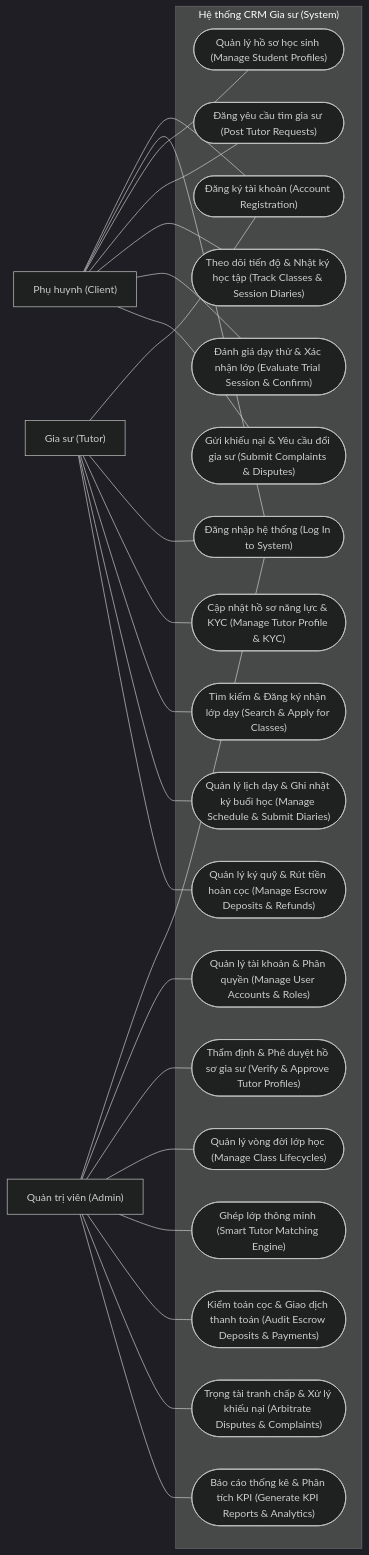
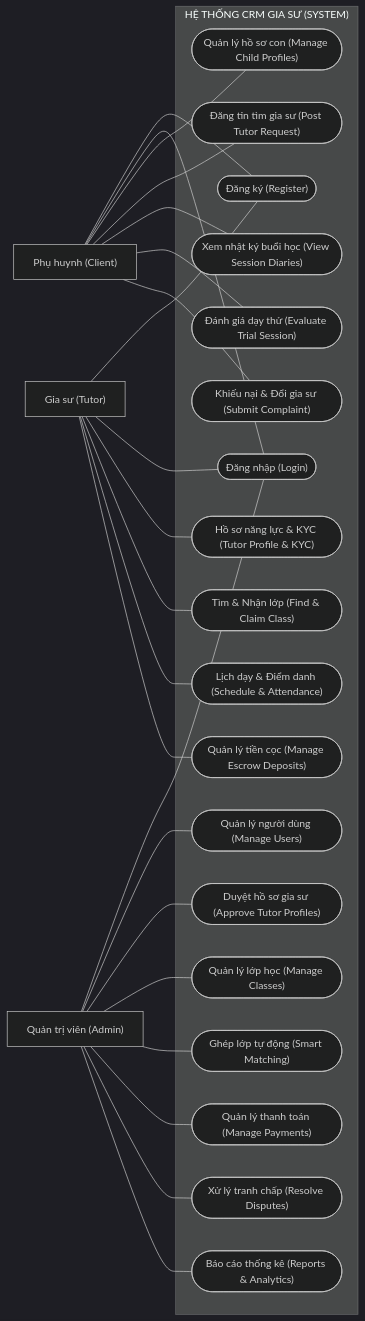
Before and after one commit to dung-0109/DATN_CRM_GIA_SU: the first of 44 diagrams in docs/bao-cao-thong-do-an/06_Chuong2_UseCase_va_Sequence_CRMGiaSu.md, drawn with Mermaid (dark theme). The commit also changed 1 other file, not shown here.

Commit message:
refactor: tinh gon ten cac Use Case ngan gon, truc dien va de hieu

````diff
--- a/docs/bao-cao-thong-do-an/06_Chuong2_UseCase_va_Sequence_CRMGiaSu.md
+++ b/docs/bao-cao-thong-do-an/06_Chuong2_UseCase_va_Sequence_CRMGiaSu.md
@@ -49,59 +49,59 @@
 ```mermaid
 flowchart LR
     Admin["Quản trị viên (Admin)"]
     Client["Phụ huynh (Client)"]
     Tutor["Gia sư (Tutor)"]
 
-    subgraph System ["Hệ thống CRM Gia sư (System)"]
+    subgraph System ["HỆ THỐNG CRM GIA SƯ (SYSTEM)"]
         %% Dùng chung
-        UC_REG(["Đăng ký tài khoản (Account Registration)"])
-        UC_LOG(["Đăng nhập hệ thống (Log In to System)"])
+        UC_REG(["Đăng ký (Register)"])
+        UC_LOG(["Đăng nhập (Login)"])
 
         %% Client
-        UC_C1(["Quản lý hồ sơ học sinh (Manage Student Profiles)"])
-        UC_C2(["Đăng yêu cầu tìm gia sư (Post Tutor Requests)"])
-        UC_C3(["Theo dõi tiến độ & Nhật ký học tập (Track Classes & Session Diaries)"])
-        UC_C4(["Đánh giá dạy thử & Xác nhận lớp (Evaluate Trial Session & Confirm)"])
-        UC_C5(["Gửi khiếu nại & Yêu cầu đổi gia sư (Submit Complaints & Disputes)"])
+        UC_C1(["Quản lý hồ sơ con (Manage Child Profiles)"])
+        UC_C2(["Đăng tin tìm gia sư (Post Tutor Request)"])
+        UC_C3(["Xem nhật ký buổi học (View Session Diaries)"])
+        UC_C4(["Đánh giá dạy thử (Evaluate Trial Session)"])
+        UC_C5(["Khiếu nại & Đổi gia sư (Submit Complaint)"])
 
         %% Tutor
-        UC_T1(["Cập nhật hồ sơ năng lực & KYC (Manage Tutor Profile & KYC)"])
-        UC_T2(["Tìm kiếm & Đăng ký nhận lớp dạy (Search & Apply for Classes)"])
-        UC_T3(["Quản lý lịch dạy & Ghi nhật ký buổi học (Manage Schedule & Submit Diaries)"])
-        UC_T4(["Quản lý ký quỹ & Rút tiền hoàn cọc (Manage Escrow Deposits & Refunds)"])
+        UC_T1(["Hồ sơ năng lực & KYC (Tutor Profile & KYC)"])
+        UC_T2(["Tìm & Nhận lớp (Find & Claim Class)"])
+        UC_T3(["Lịch dạy & Điểm danh (Schedule & Attendance)"])
+        UC_T4(["Quản lý tiền cọc (Manage Escrow Deposits)"])
 
         %% Admin
-        UC_A1(["Quản lý tài khoản & Phân quyền (Manage User Accounts & Roles)"])
-        UC_A2(["Thẩm định & Phê duyệt hồ sơ gia sư (Verify & Approve Tutor Profiles)"])
-        UC_A3(["Quản lý vòng đời lớp học (Manage Class Lifecycles)"])
-        UC_A4(["Ghép lớp thông minh (Smart Tutor Matching Engine)"])
-        UC_A5(["Kiểm toán cọc & Giao dịch thanh toán (Audit Escrow Deposits & Payments)"])
-        UC_A6(["Trọng tài tranh chấp & Xử lý khiếu nại (Arbitrate Disputes & Complaints)"])
-        UC_A7(["Báo cáo thống kê & Phân tích KPI (Generate KPI Reports & Analytics)"])
+        UC_A1(["Quản lý người dùng (Manage Users)"])
+        UC_A2(["Duyệt hồ sơ gia sư (Approve Tutor Profiles)"])
+        UC_A3(["Quản lý lớp học (Manage Classes)"])
+        UC_A4(["Ghép lớp tự động (Smart Matching)"])
+        UC_A5(["Quản lý thanh toán (Manage Payments)"])
+        UC_A6(["Xử lý tranh chấp (Resolve Disputes)"])
+        UC_A7(["Báo cáo thống kê (Reports & Analytics)"])
     end
 
     %% Nối Actor với Use Cases
     Client --- UC_REG
     Client --- UC_LOG
     Client --- UC_C1
     Client --- UC_C2
     Client --- UC_C3
     Client --- UC_C4
     Client --- UC_C5
 
     Tutor --- UC_REG
     Tutor --- UC_LOG
     Tutor --- UC_T1
     Tutor --- UC_T2
     Tutor --- UC_T3
     Tutor --- UC_T4
 
     Admin --- UC_LOG
     Admin --- UC_A1
     Admin --- UC_A2
     Admin --- UC_A3
     Admin --- UC_A4
     Admin --- UC_A5
     Admin --- UC_A6
     Admin --- UC_A7
 ```
````
